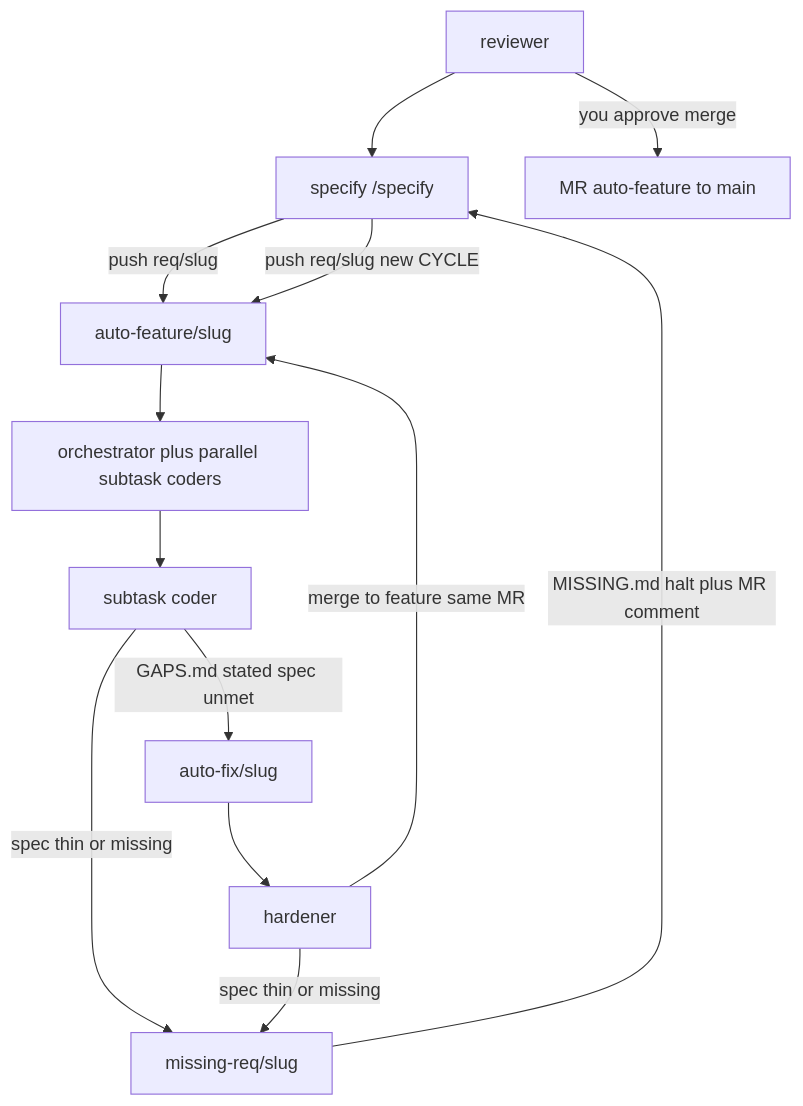
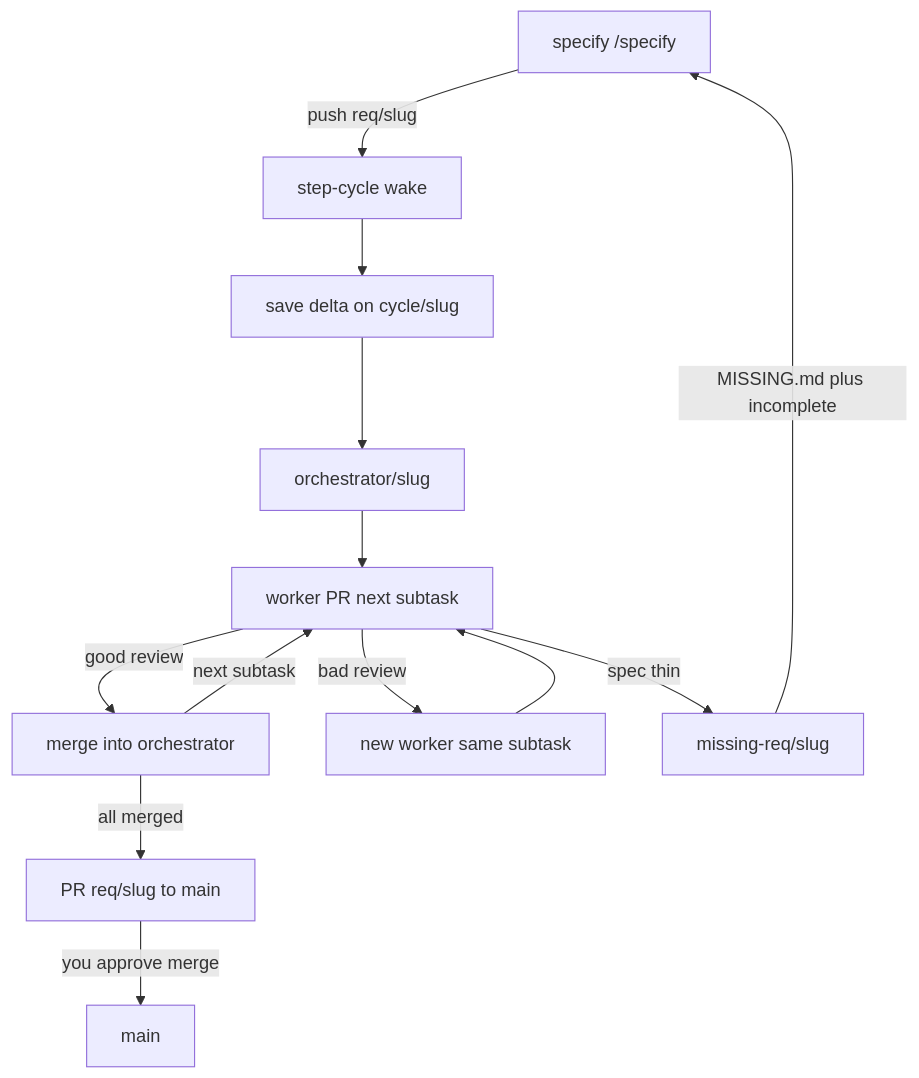
The diagram in README.md (Oliver122/lens-search), drawn with Mermaid before and after one commit. The commit also changed other lines of this file and 56 other files, not shown here.

````diff
--- a/README.md
+++ b/README.md
@@ -19,15 +20,15 @@
 ```mermaid
 flowchart TD
-  R[reviewer] --> S["specify /specify"]
-  S -->|push req/slug| AF[auto-feature/slug]
-  AF --> O[orchestrator plus parallel subtask coders]
-  O --> C[subtask coder]
-  C -->|GAPS.md stated spec unmet| AX[auto-fix/slug]
-  AX --> H[hardener]
-  H -->|merge to feature same MR| AF
-  C -->|spec thin or missing| MR[missing-req/slug]
-  H -->|spec thin or missing| MR
-  MR -->|MISSING.md halt plus MR comment| S
-  S -->|push req/slug new CYCLE| AF
-  R -->|you approve merge| F[MR auto-feature to main]
+  S["specify /specify"] -->|push req/slug| W[step-cycle wake]
+  W --> D[save delta on cycle/slug]
+  D --> O[orchestrator/slug]
+  O --> C[worker PR next subtask]
+  C -->|good review| M[merge into orchestrator]
+  C -->|bad review| R[new worker same subtask]
+  R --> C
+  M -->|next subtask| C
+  M -->|all merged| P[PR req/slug to main]
+  C -->|spec thin| MR[missing-req/slug]
+  MR -->|MISSING.md plus incomplete| S
+  P -->|you approve merge| F[main]
 ```
````
